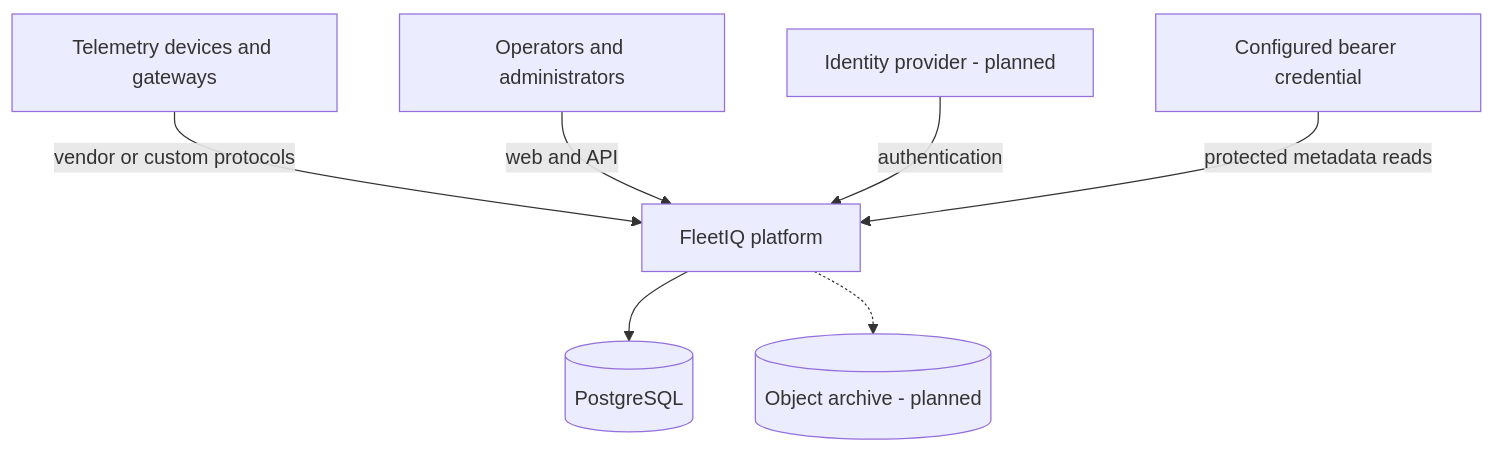
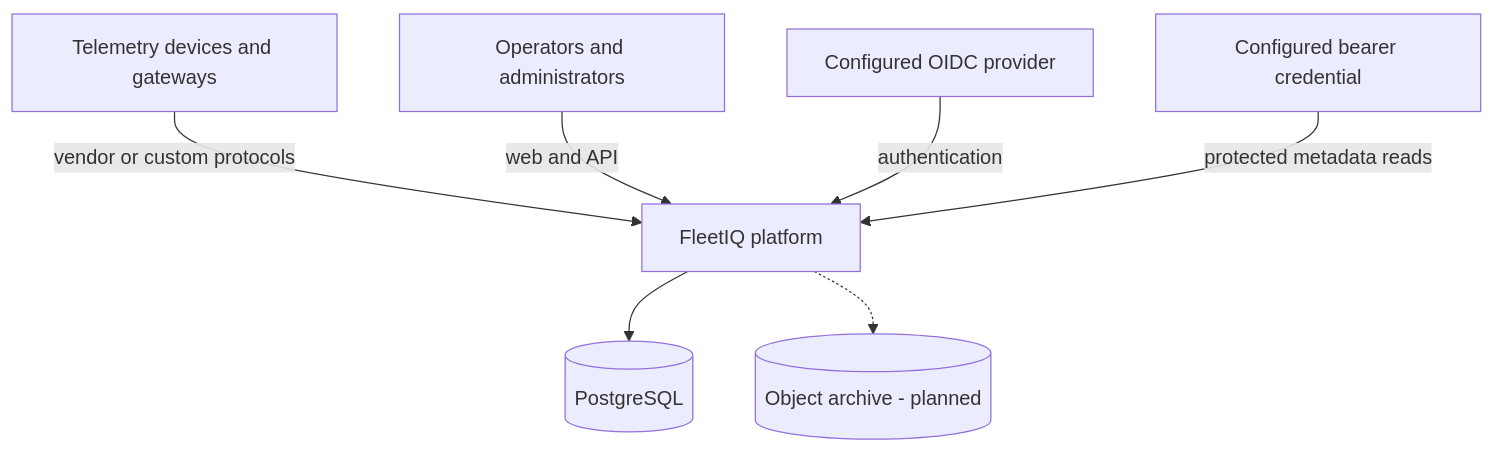
The first of 6 diagrams in docs/architecture/README.md (stanimirivanov/fleetiq-platform), drawn with Mermaid before and after one commit. The commit also changed other lines of this file and 98 other files, not shown here.

````diff
--- a/docs/architecture/README.md
+++ b/docs/architecture/README.md
@@ -14,17 +14,17 @@
 ```mermaid
 flowchart TB
     Operators[Operators and administrators]
     Devices[Telemetry devices and gateways]
-    Identity[Identity provider - planned]
+    Identity[Configured OIDC provider]
     Credential[Configured bearer credential]
     FleetIQ[FleetIQ platform]
     Database[(PostgreSQL)]
     Archive[(Object archive - planned)]
 
     Devices -->|vendor or custom protocols| FleetIQ
     Operators -->|web and API| FleetIQ
     Identity -->|authentication| FleetIQ
     Credential -->|protected metadata reads| FleetIQ
     FleetIQ --> Database
     FleetIQ -.-> Archive
 ```
````
